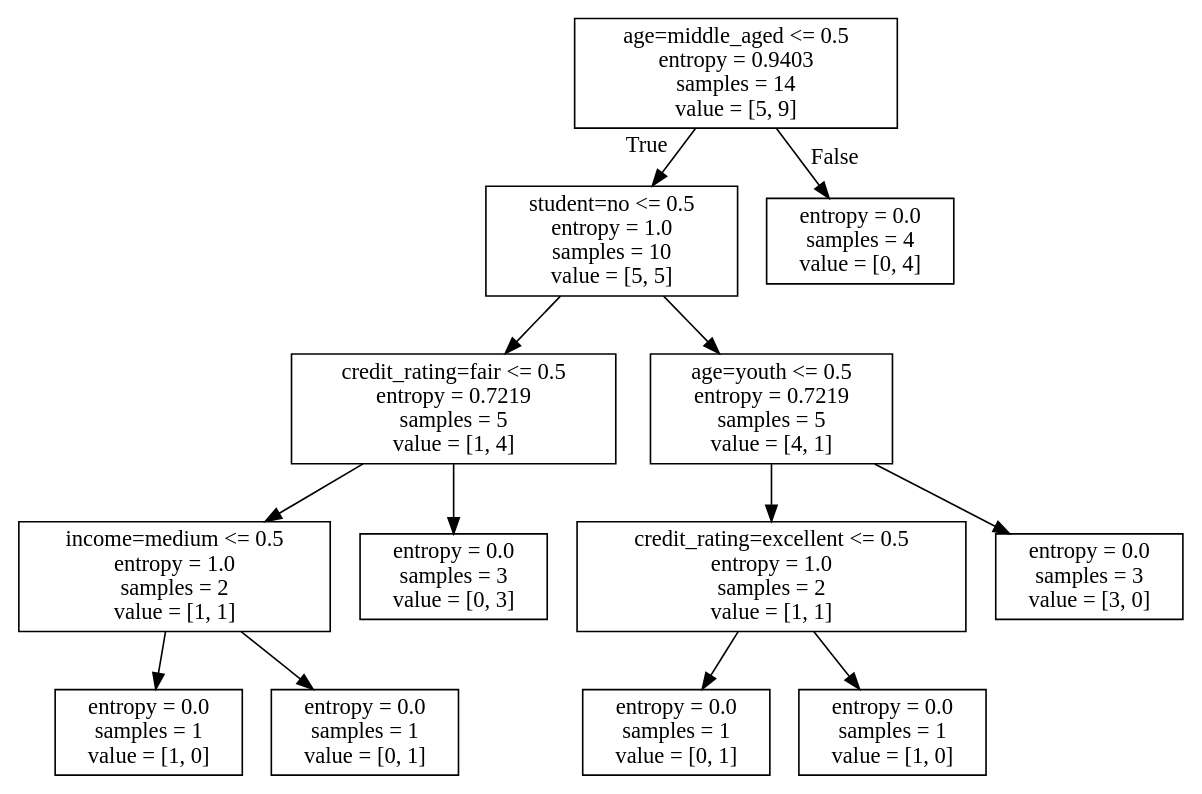
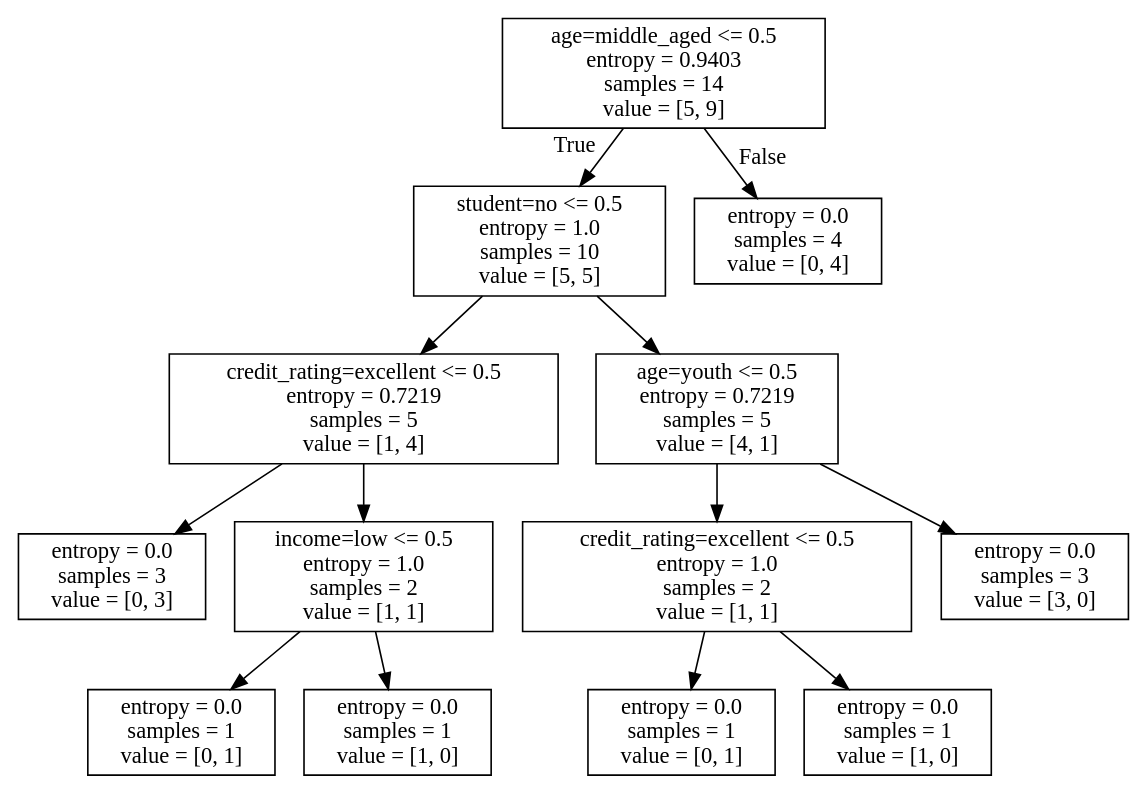
The diagram in a_decision_tree/allElectronicsInformationGain.dot (littleeleventhwolf/machine-learning-demo), drawn with Graphviz before and after one commit. The commit also changed 2 other files, not shown here.

```diff
--- a/a_decision_tree/allElectronicsInformationGain.dot
+++ b/a_decision_tree/allElectronicsInformationGain.dot
@@ -1,28 +1,28 @@
 digraph Tree {
 node [shape=box] ;
 0 [label="age=middle_aged <= 0.5\nentropy = 0.9403\nsamples = 14\nvalue = [5, 9]"] ;
 1 [label="student=no <= 0.5\nentropy = 1.0\nsamples = 10\nvalue = [5, 5]"] ;
 0 -> 1 [labeldistance=2.5, labelangle=45, headlabel="True"] ;
-2 [label="credit_rating=fair <= 0.5\nentropy = 0.7219\nsamples = 5\nvalue = [1, 4]"] ;
+2 [label="credit_rating=excellent <= 0.5\nentropy = 0.7219\nsamples = 5\nvalue = [1, 4]"] ;
 1 -> 2 ;
-3 [label="income=medium <= 0.5\nentropy = 1.0\nsamples = 2\nvalue = [1, 1]"] ;
+3 [label="entropy = 0.0\nsamples = 3\nvalue = [0, 3]"] ;
 2 -> 3 ;
-4 [label="entropy = 0.0\nsamples = 1\nvalue = [1, 0]"] ;
-3 -> 4 ;
+4 [label="income=low <= 0.5\nentropy = 1.0\nsamples = 2\nvalue = [1, 1]"] ;
+2 -> 4 ;
 5 [label="entropy = 0.0\nsamples = 1\nvalue = [0, 1]"] ;
-3 -> 5 ;
-6 [label="entropy = 0.0\nsamples = 3\nvalue = [0, 3]"] ;
-2 -> 6 ;
+4 -> 5 ;
+6 [label="entropy = 0.0\nsamples = 1\nvalue = [1, 0]"] ;
+4 -> 6 ;
 7 [label="age=youth <= 0.5\nentropy = 0.7219\nsamples = 5\nvalue = [4, 1]"] ;
 1 -> 7 ;
 8 [label="credit_rating=excellent <= 0.5\nentropy = 1.0\nsamples = 2\nvalue = [1, 1]"] ;
 7 -> 8 ;
 9 [label="entropy = 0.0\nsamples = 1\nvalue = [0, 1]"] ;
 8 -> 9 ;
 10 [label="entropy = 0.0\nsamples = 1\nvalue = [1, 0]"] ;
 8 -> 10 ;
 11 [label="entropy = 0.0\nsamples = 3\nvalue = [3, 0]"] ;
 7 -> 11 ;
 12 [label="entropy = 0.0\nsamples = 4\nvalue = [0, 4]"] ;
 0 -> 12 [labeldistance=2.5, labelangle=-45, headlabel="False"] ;
 }
```
